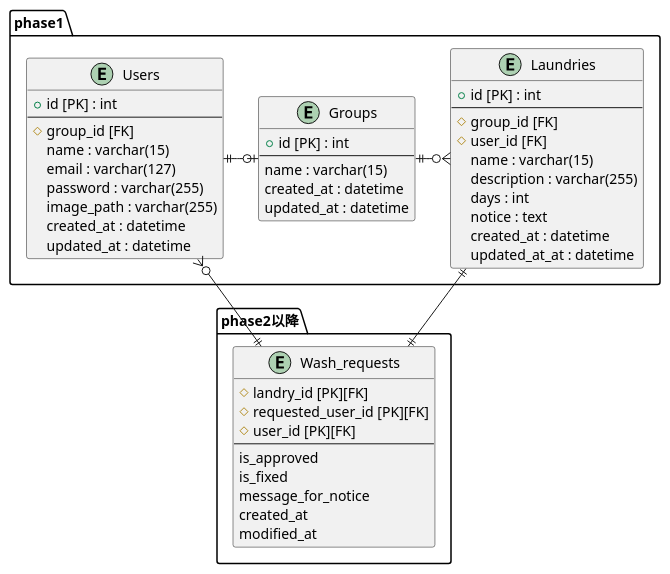
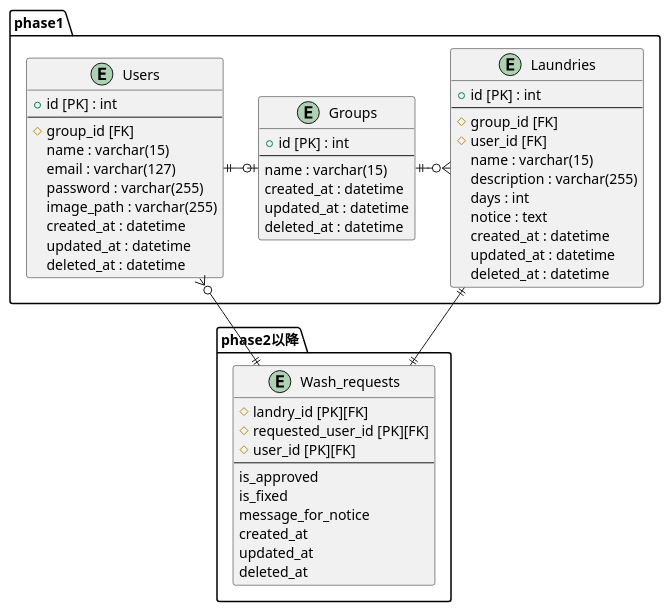
Before and after one commit to mixa393/mohumohu: the diagram in docs/ER図.puml, drawn with PlantUML.

Commit message:
Fix: 修正漏れ

```diff
--- a/docs/ER図.puml
+++ b/docs/ER図.puml
@@ -1,58 +1,62 @@
 @startuml
 
 package phase1 as phase1{
     entity Users{
     + id [PK] : int
     --
     # group_id [FK]
     name : varchar(15)
     email : varchar(127)
     password : varchar(255)
     image_path : varchar(255)
     created_at : datetime
     updated_at : datetime
+    deleted_at : datetime
     }
 
     entity Groups
     {
     + id [PK] : int
     --
     name : varchar(15)
     created_at : datetime
     updated_at : datetime
+    deleted_at : datetime
     }
 
     entity Laundries{
     + id [PK] : int
     --
     # group_id [FK]
     # user_id [FK]
     name : varchar(15)
     description : varchar(255)
     days : int
     notice : text
     created_at : datetime
-    updated_at_at : datetime
+    updated_at : datetime
+    deleted_at : datetime
     }
 }
 
 package  phase2以降 as phase2{
     entity Wash_requests{
     # landry_id [PK][FK]
     # requested_user_id [PK][FK]
     # user_id [PK][FK]
     --
     is_approved
     is_fixed
     message_for_notice
     created_at
-    modified_at
+    updated_at
+    deleted_at
     }
 }
 Users ||-o| Groups
 Groups ||-o{ Laundries
 Laundries ||-|| Wash_requests
 Users }o--|| Wash_requests
 
 
 @enduml
```
